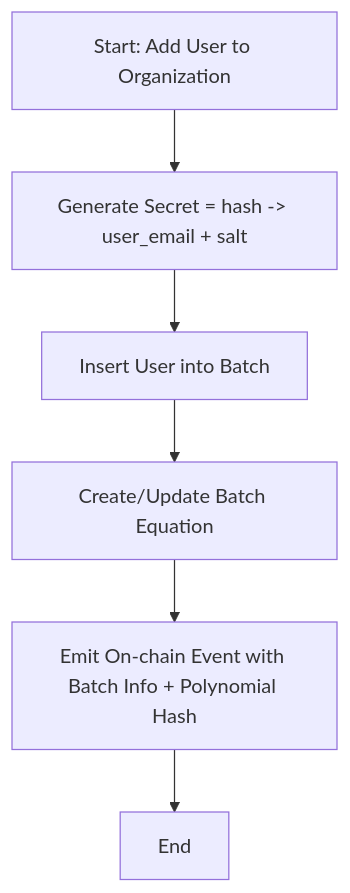
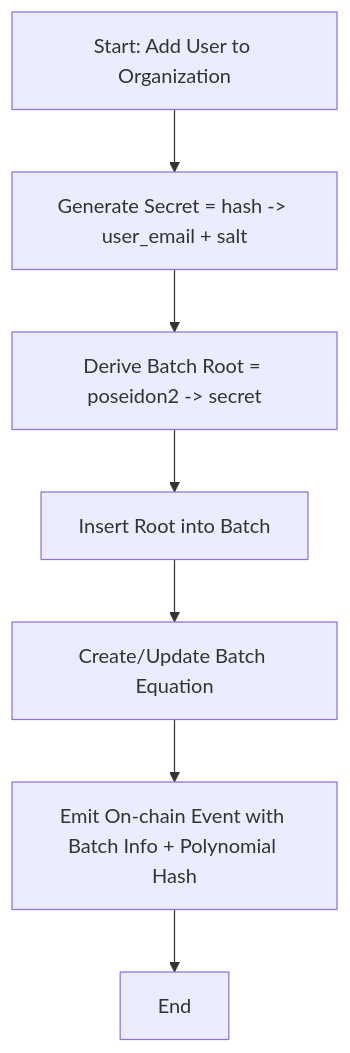
One commit to Samonto-Karmaker/ZKP-Polynomial-Vs-IMT changed the second of 3 diagrams in polynomial/README.md. Above: the diagram before and after it, drawn with Mermaid. The commit also changed other lines of this file and 7 other files, not shown here.

First line of the commit message:
Refactor polynomial circuit to use hashed secret for evaluations and nullifier generation

````diff
--- a/polynomial/README.md
+++ b/polynomial/README.md
@@ -71,8 +71,9 @@
 ```mermaid
 flowchart TD
     A[Start: Add User to Organization] --> B[Generate Secret = hash -> user_email + salt]
-    B --> C[Insert User into Batch]
-    C --> D[Create/Update Batch Equation]
-    D --> E[Emit On-chain Event with Batch Info + Polynomial Hash]
-    E --> F[End]
+    B --> C[Derive Batch Root = poseidon2 -> secret]
+    C --> D[Insert Root into Batch]
+    D --> E[Create/Update Batch Equation]
+    E --> F[Emit On-chain Event with Batch Info + Polynomial Hash]
+    F --> G[End]
 ```
````
